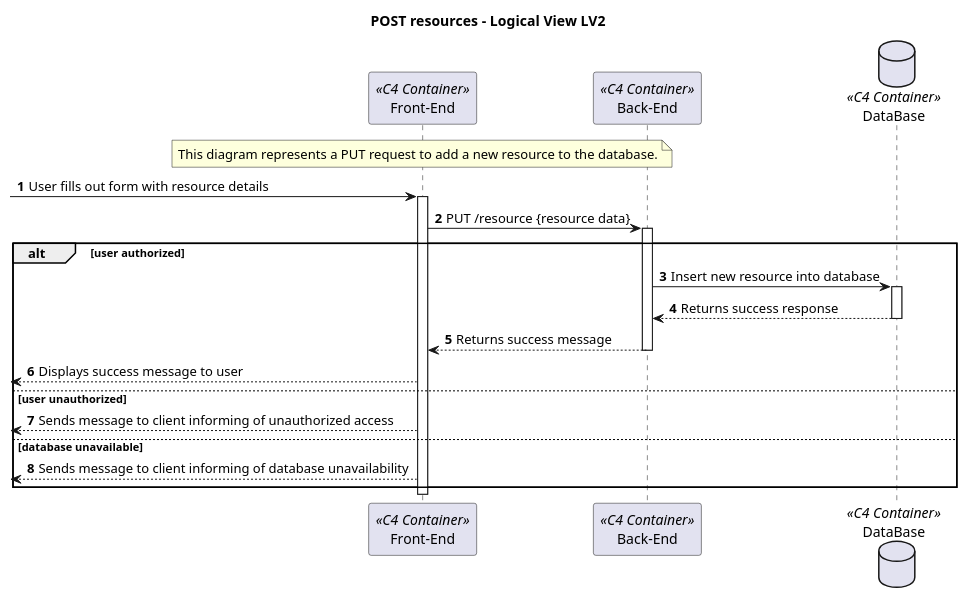
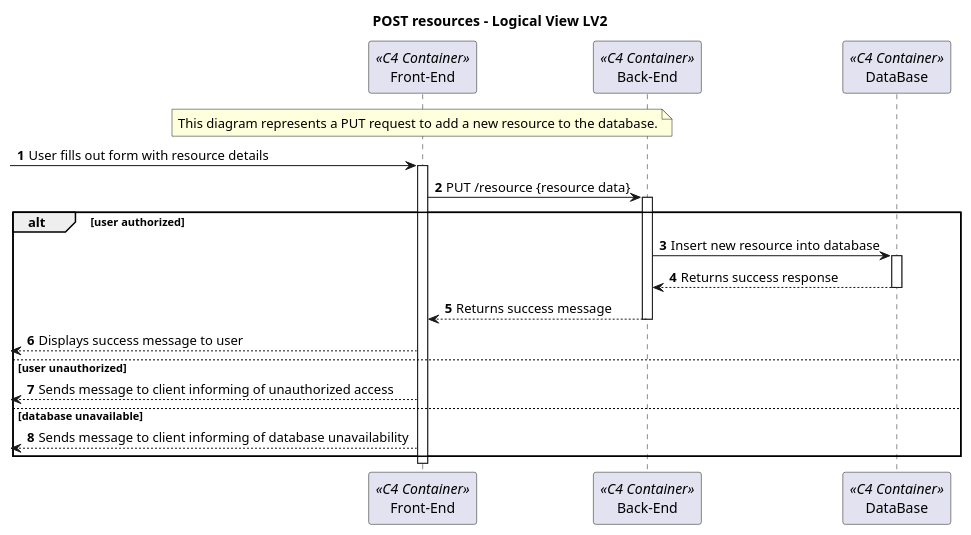
Before and after one commit to Saquinho74/LAPR5: the diagram in Docs/SprintA/global_artifacts/generic_POST/level2/genericPUTLevel2.puml, drawn with PlantUML. The commit also changed 6 other files, not shown here.

```diff
--- a/Docs/SprintA/global_artifacts/generic_POST/level2/genericPUTLevel2.puml
+++ b/Docs/SprintA/global_artifacts/generic_POST/level2/genericPUTLevel2.puml
@@ -1,40 +1,40 @@
 @startuml Process View - Level 3
 
 autonumber
 skinparam packageStyle rect
 
 title POST resources - Logical View LV2
 
 participant "Front-End" as FE <<C4 Container>>
 participant "Back-End" as BE <<C4 Container>>
-database "DataBase" as DB <<C4 Container>>
+participant "DataBase" as DB <<C4 Container>>
 
 note over FE
 This diagram represents a PUT request to add a new resource to the database.
 end note
 
 -> FE: User fills out form with resource details
 activate FE
 FE -> BE: PUT /resource {resource data}
 activate BE
 alt user authorized
 
 BE -> DB: Insert new resource into database
 activate DB
 DB --> BE: Returns success response
 deactivate DB
 
 BE --> FE: Returns success message
 deactivate BE
 <-- FE : Displays success message to user
 
 else user unauthorized
 
 <-- FE: Sends message to client informing of unauthorized access
 
 else database unavailable
 <-- FE: Sends message to client informing of database unavailability
 end alt
 deactivate FE
 
 @enduml
```
